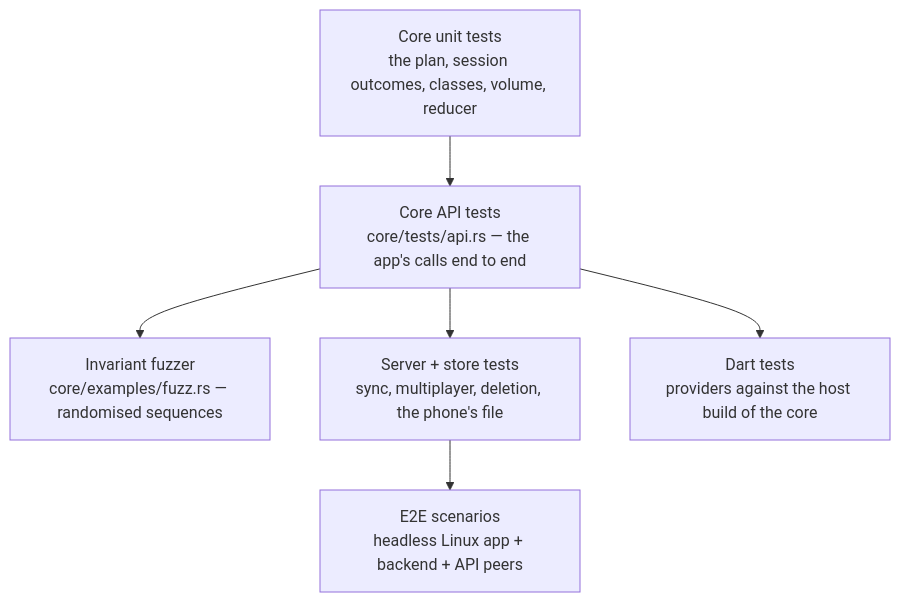
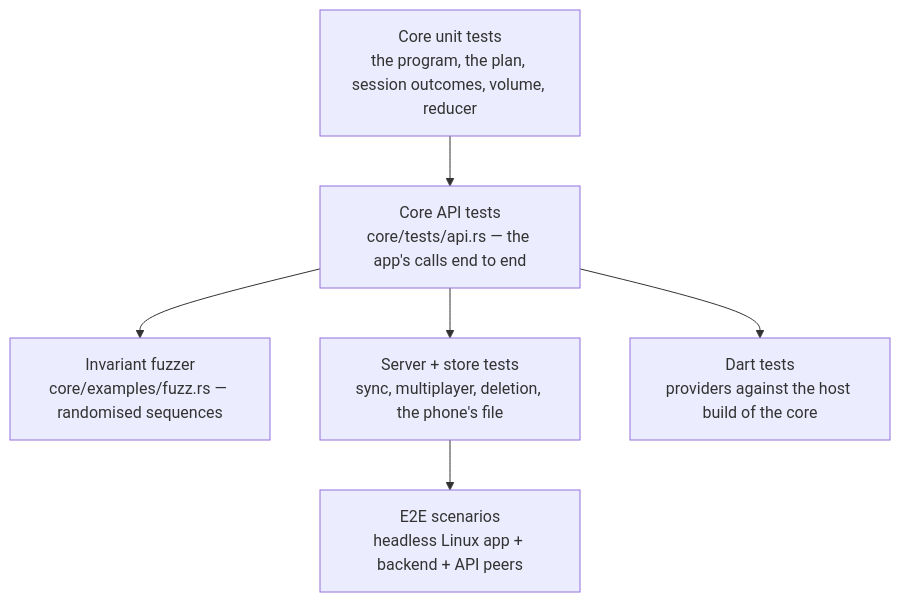
Before and after one commit to brensch/lift: the diagram in docs/architecture/testing.md, drawn with Mermaid. The commit also changed other lines of this file and 8 other files, not shown here.

First line of the commit message:
Docs: the architecture as built on programs

````diff
--- a/docs/architecture/testing.md
+++ b/docs/architecture/testing.md
@@ -6,8 +6,8 @@
 ```mermaid
 graph TD
-    A["Core unit tests<br/>the plan, session outcomes, classes, volume, reducer"] --> B["Core API tests<br/>core/tests/api.rs — the app's calls end to end"]
+    A["Core unit tests<br/>the program, the plan, session outcomes, volume, reducer"] --> B["Core API tests<br/>core/tests/api.rs — the app's calls end to end"]
     B --> C["Invariant fuzzer<br/>core/examples/fuzz.rs — randomised sequences"]
     B --> D["Server + store tests<br/>sync, multiplayer, deletion, the phone's file"]
     B --> E["Dart tests<br/>providers against the host build of the core"]
     D --> F["E2E scenarios<br/>headless Linux app + backend + API peers"]
 ```
````
